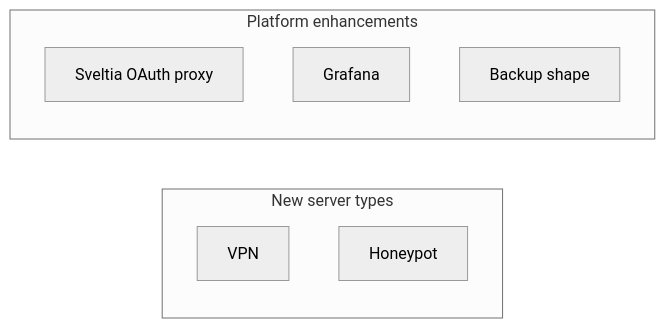
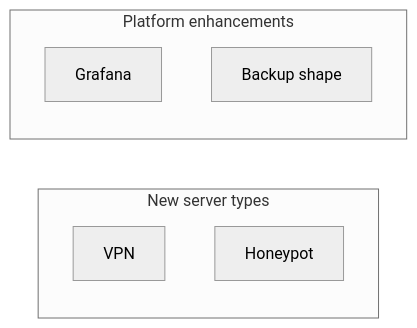
Before and after one commit to rednaw/iac: the diagram in docs/future/README.md, drawn with Mermaid (neutral theme). The commit also changed other lines of this file and 12 other files, not shown here.

Commit message:
sveltia cms oauth

````diff
--- a/docs/future/README.md
+++ b/docs/future/README.md
@@ -7,12 +7,11 @@
 ```mermaid
 flowchart LR
   subgraph servers [New server types]
     vpn[VPN]
     honeypot[Honeypot]
   end
   subgraph enhancements [Platform enhancements]
-    auth[Sveltia OAuth proxy]
     grafana[Grafana]
     backup[Backup shape]
   end
 ```
````
